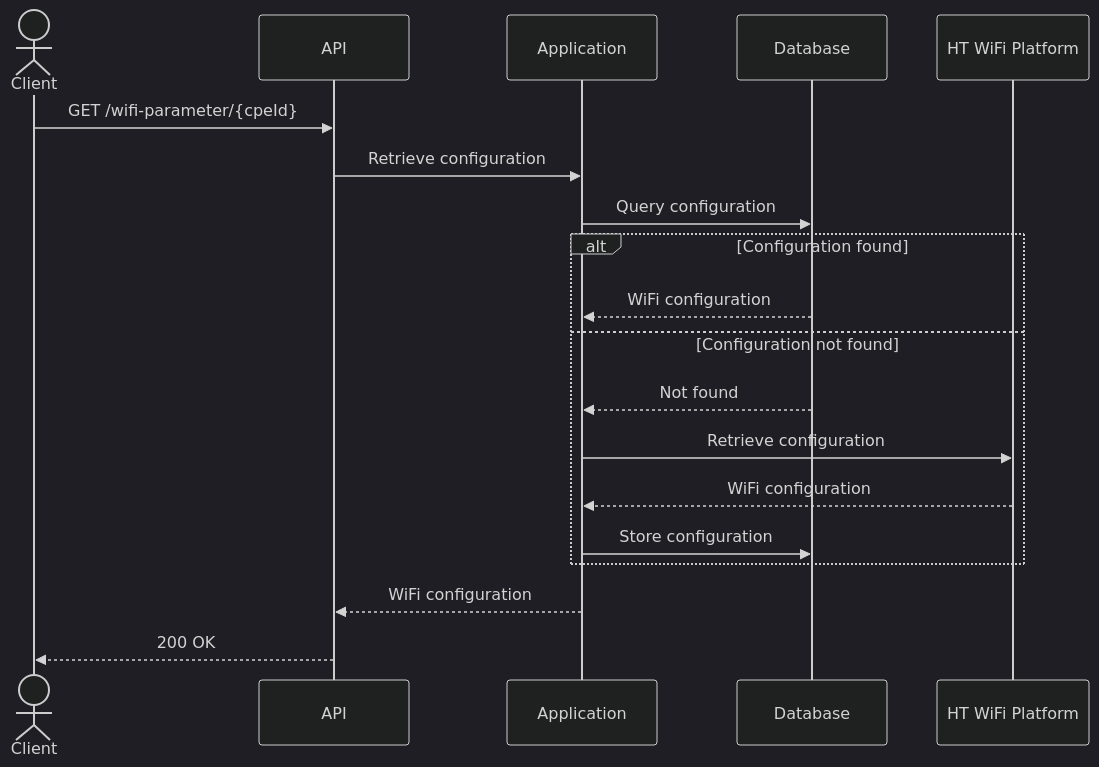
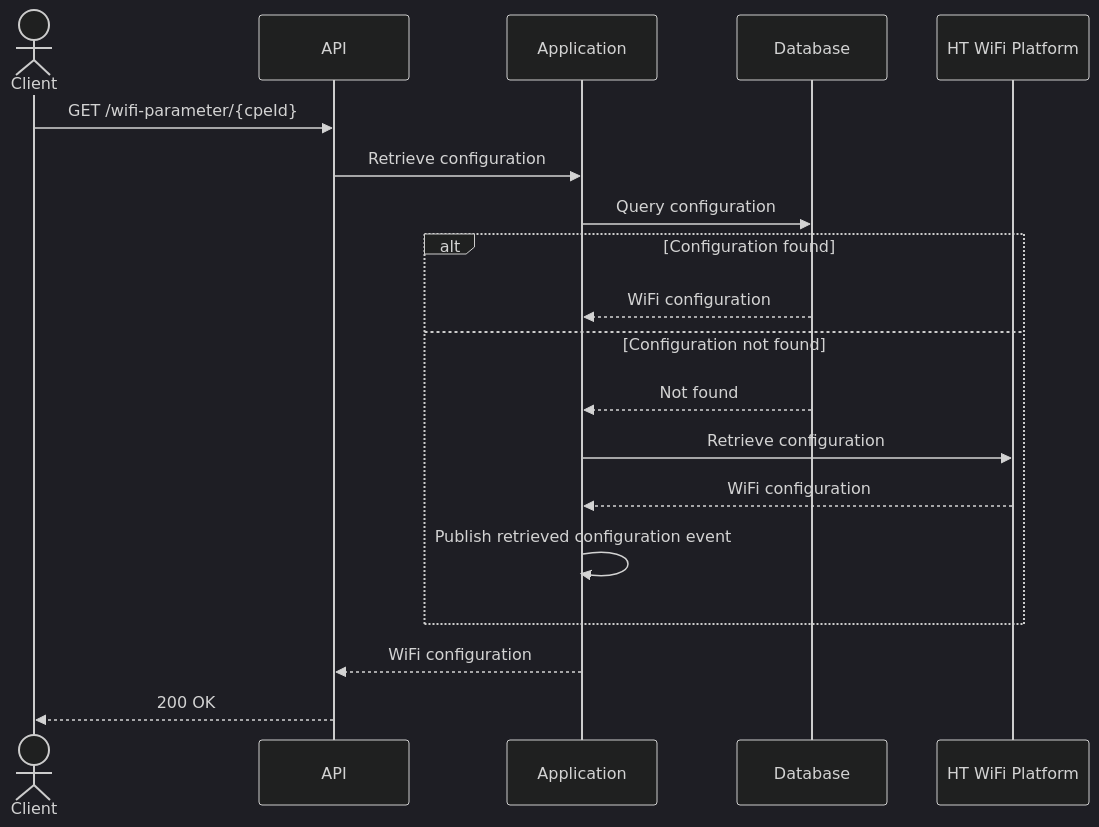
Before and after one commit to meowpow-png/wifi-admin: the second of 4 diagrams in backend/docs/ARCHITECTURE.md, drawn with Mermaid (dark theme). The commit also changed other lines of this file and 4 other files, not shown here.

````diff
--- a/backend/docs/ARCHITECTURE.md
+++ b/backend/docs/ARCHITECTURE.md
@@ -122,27 +122,27 @@
 ```mermaid
 sequenceDiagram
     actor Client
     participant API
     participant Application
     participant Database
     participant Platform as HT WiFi Platform
 
     Client->>API: GET /wifi-parameter/{cpeId}
     API->>Application: Retrieve configuration
 
     Application->>Database: Query configuration
 
     alt Configuration found
         Database-->>Application: WiFi configuration
     else Configuration not found
         Database-->>Application: Not found
 
         Application->>Platform: Retrieve configuration
         Platform-->>Application: WiFi configuration
 
-        Application->>Database: Store configuration
+        Application->>Application: Publish retrieved configuration event
     end
 
     Application-->>API: WiFi configuration
     API-->>Client: 200 OK
 ```
````
